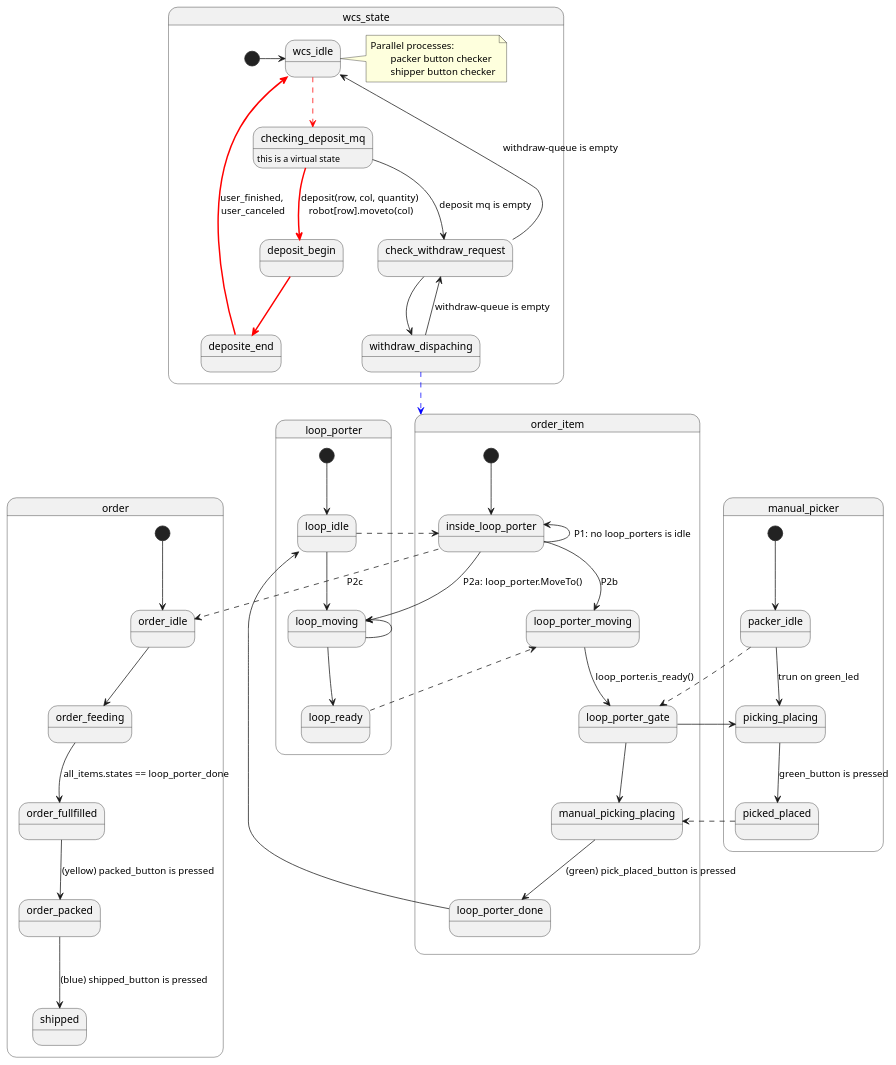
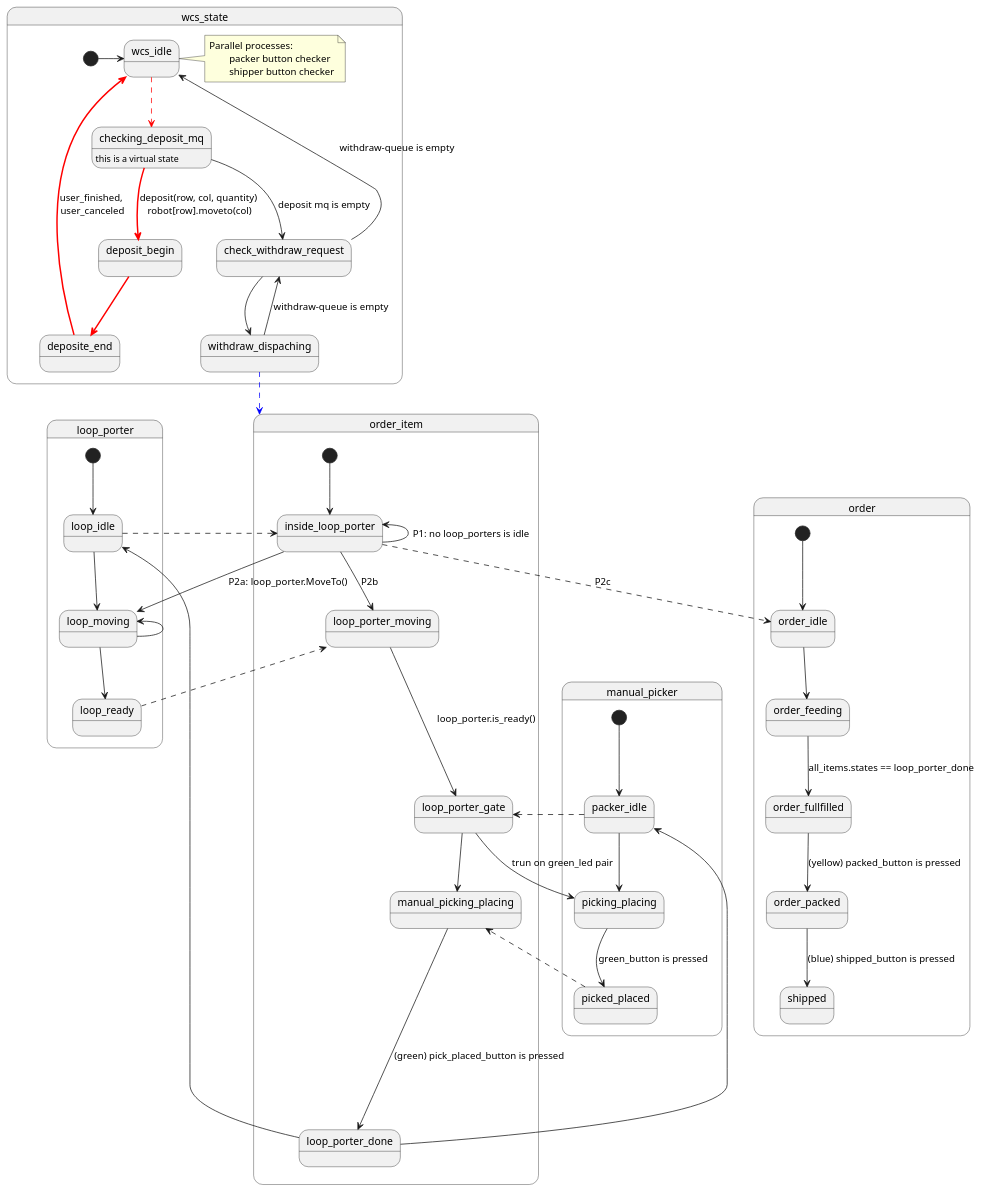
One commit to voicevon/gobot_front changed the diagram in apps/port1234/twh_wcs/docs/wcs_looper_manual_packer_ver2.puml. Above: the diagram before and after it, drawn with PlantUML. The commit also changed 8 other files, not shown here.

```diff
--- a/apps/port1234/twh_wcs/docs/wcs_looper_manual_packer_ver2.puml
+++ b/apps/port1234/twh_wcs/docs/wcs_looper_manual_packer_ver2.puml
@@ -1,75 +1,76 @@
 @startuml
 
 
 
 state order_item{
 	[*] --> inside_loop_porter
 	inside_loop_porter <-- inside_loop_porter:  P1: no loop_porters is idle
 	inside_loop_porter --> loop_porter_moving: P2b
-    loop_porter_moving --> loop_porter_gate: loop_porter.is_ready()
+    loop_porter_moving ---> loop_porter_gate: loop_porter.is_ready()
 	loop_porter_gate --> manual_picking_placing
-    manual_picking_placing --> loop_porter_done: (green) pick_placed_button is pressed
+    manual_picking_placing ----> loop_porter_done: (green) pick_placed_button is pressed
 }
 
 state order{
 	[*] --> order_idle
 	order_idle --> order_feeding
 	order_feeding --> order_fullfilled:  all_items.states == loop_porter_done
 	order_fullfilled --> order_packed: (yellow) packed_button is pressed
 	order_packed -->shipped:  (blue) shipped_button is pressed
 
 }
 inside_loop_porter -[dashed]->  order_idle: P2c
 
 state loop_porter {
 	[*] --> loop_idle 
 	loop_idle --> loop_moving
 	loop_moving <-- loop_moving
 	loop_moving --> loop_ready
 }
-loop_idle -[dashed]-> inside_loop_porter
+loop_idle -[dashed]---> inside_loop_porter
 inside_loop_porter --> loop_moving: P2a: loop_porter.MoveTo()
 loop_ready -[dashed]-> loop_porter_moving
 
 
 state manual_picker{
 	[*] --> packer_idle
-	packer_idle --> picking_placing: trun on green_led
+	packer_idle --> picking_placing
 	picking_placing --> picked_placed: green_button is pressed
 	
 }
 packer_idle -[dashed]-> loop_porter_gate
-loop_porter_gate --> picking_placing
+loop_porter_gate --> picking_placing: trun on green_led pair
 picked_placed -[dashed]-> manual_picking_placing
+loop_porter_done --> packer_idle
 
 
 state wcs_state{
 	[*] -> wcs_idle
 	wcs_idle-[#red,dashed]-> checking_deposit_mq
 	checking_deposit_mq -[#red,bold]-> deposit_begin: deposit(row, col, quantity) \nrobot[row].moveto(col)
 	deposit_begin -[#red,bold]-> deposite_end
 	deposite_end -[#red,bold]->wcs_idle: user_finished, \nuser_canceled
 	checking_deposit_mq: this is a virtual state
 
 	checking_deposit_mq --> check_withdraw_request: deposit mq is empty
 	check_withdraw_request --> wcs_idle:  withdraw-queue is empty
 	check_withdraw_request --> withdraw_dispaching
 	withdraw_dispaching --> check_withdraw_request: withdraw-queue is empty
 
 	note right of wcs_idle
 	Parallel processes:
 		packer button checker
 		shipper button checker
 	end note
 }
 
 withdraw_dispaching -[#blue,dashed]-> order_item 
 
 
 
 loop_porter_done --> loop_idle
 
 
 
 
 @enduml
```
